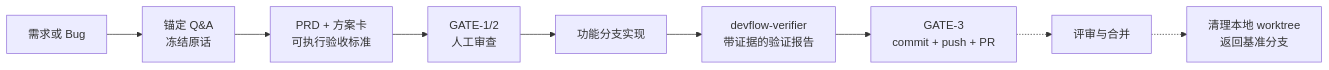
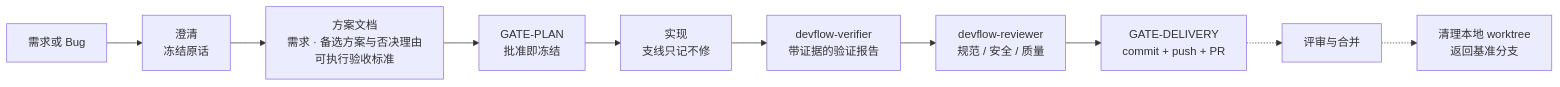
Before and after one commit to starme/devflow: the diagram in README.zh-CN.md, drawn with Mermaid. The commit also changed other lines of this file and 24 other files, not shown here.

````diff
--- a/README.zh-CN.md
+++ b/README.zh-CN.md
@@ -9,11 +9,12 @@
 ```mermaid
 flowchart LR
-    A["需求或 Bug"] --> Q["锚定 Q&A<br/>冻结原话"]
-    Q --> P["PRD + 方案卡<br/>可执行验收标准"]
-    P --> H1["GATE-1/2<br/>人工审查"]
-    H1 --> W["功能分支实现"]
+    A["需求或 Bug"] --> Q["澄清<br/>冻结原话"]
+    Q --> P["方案文档<br/>需求 · 备选方案与否决理由<br/>可执行验收标准"]
+    P --> H1["GATE-PLAN<br/>批准即冻结"]
+    H1 --> W["实现<br/>支线只记不修"]
     W --> V["devflow-verifier<br/>带证据的验证报告"]
-    V --> H2["GATE-3<br/>commit + push + PR"]
-    H2 -.-> R["评审与合并"]
-    R -.-> C["清理本地 worktree<br/>返回基准分支"]
+    V --> R["devflow-reviewer<br/>规范 / 安全 / 质量"]
+    R --> H2["GATE-DELIVERY<br/>commit + push + PR"]
+    H2 -.-> M["评审与合并"]
+    M -.-> C["清理本地 worktree<br/>返回基准分支"]
 ```
````
